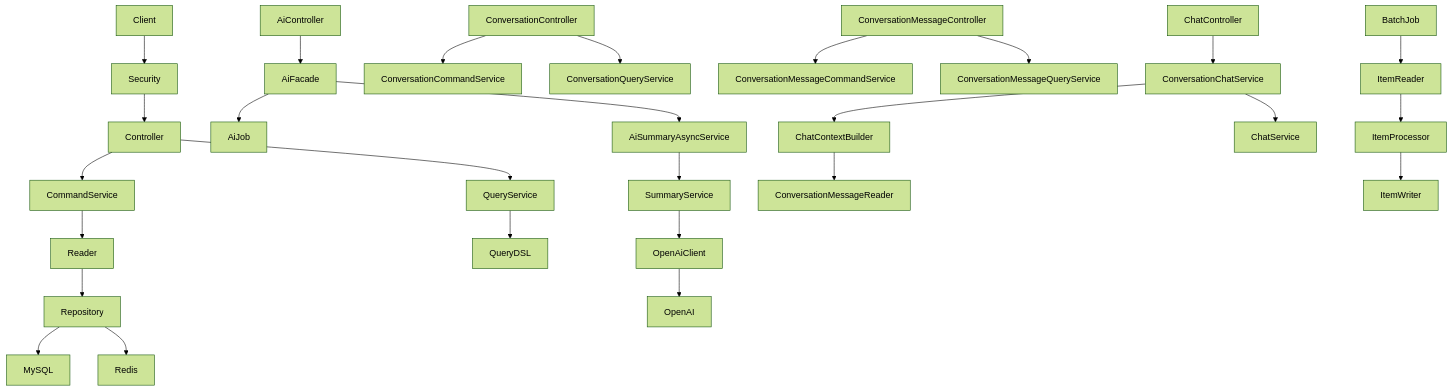
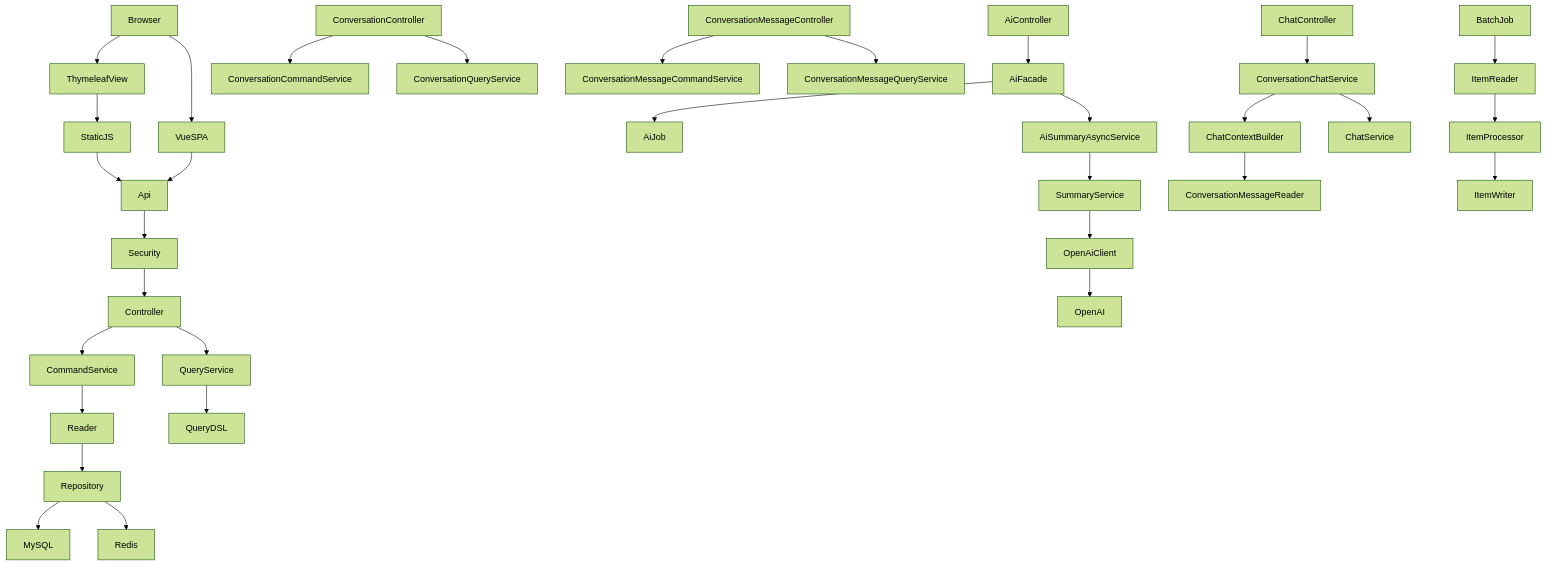
One commit to keunoh/feldbuch changed the second of 5 diagrams in docs/FELDBUCH_DEVELOPMENT_DOCUMENTATION.md. Above: the diagram before and after it, drawn with Mermaid (forest theme). The commit also changed other lines of this file and 2 other files, not shown here.

First line of the commit message:
docs: Vue 전환 계획과 프론트 통신 방식 문서화

````diff
--- a/docs/FELDBUCH_DEVELOPMENT_DOCUMENTATION.md
+++ b/docs/FELDBUCH_DEVELOPMENT_DOCUMENTATION.md
@@ -191,35 +216,42 @@
 ```mermaid
 flowchart TD
-    Client --> Security
+    Browser --> ThymeleafView
+    Browser --> VueSPA
+
+    ThymeleafView --> StaticJS
+    StaticJS --> Api
+    VueSPA --> Api
+
+    Api --> Security
     Security --> Controller
 
     Controller --> CommandService
     Controller --> QueryService
 
     CommandService --> Reader
     QueryService --> QueryDSL
 
     Reader --> Repository
     Repository --> MySQL
     Repository --> Redis
 
     AiController --> AiFacade
     AiFacade --> AiJob
     AiFacade --> AiSummaryAsyncService
     AiSummaryAsyncService --> SummaryService
     SummaryService --> OpenAiClient
     OpenAiClient --> OpenAI
 
     ConversationController --> ConversationCommandService
     ConversationController --> ConversationQueryService
     ConversationMessageController --> ConversationMessageCommandService
     ConversationMessageController --> ConversationMessageQueryService
     ChatController --> ConversationChatService
     ConversationChatService --> ChatContextBuilder
     ChatContextBuilder --> ConversationMessageReader
     ConversationChatService --> ChatService
 
     BatchJob --> ItemReader
     ItemReader --> ItemProcessor
     ItemProcessor --> ItemWriter
 ```
````
